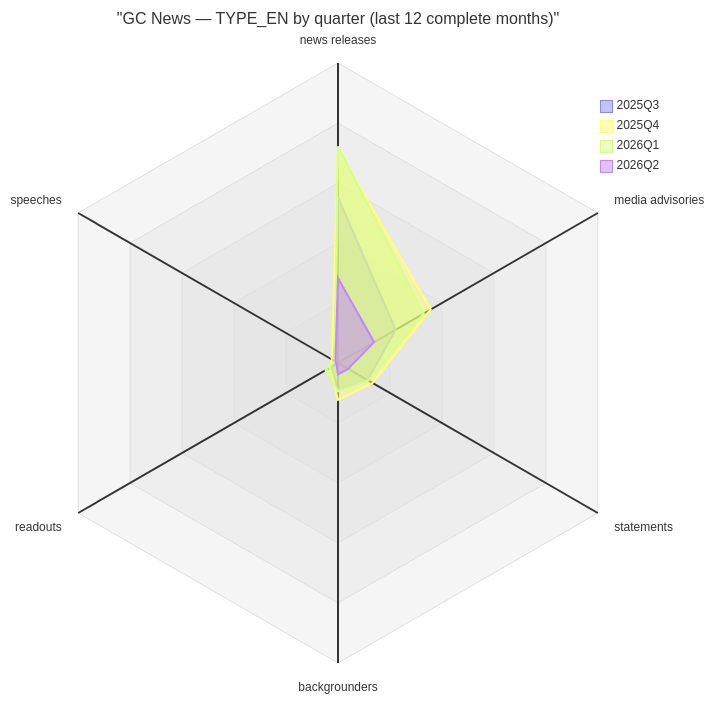
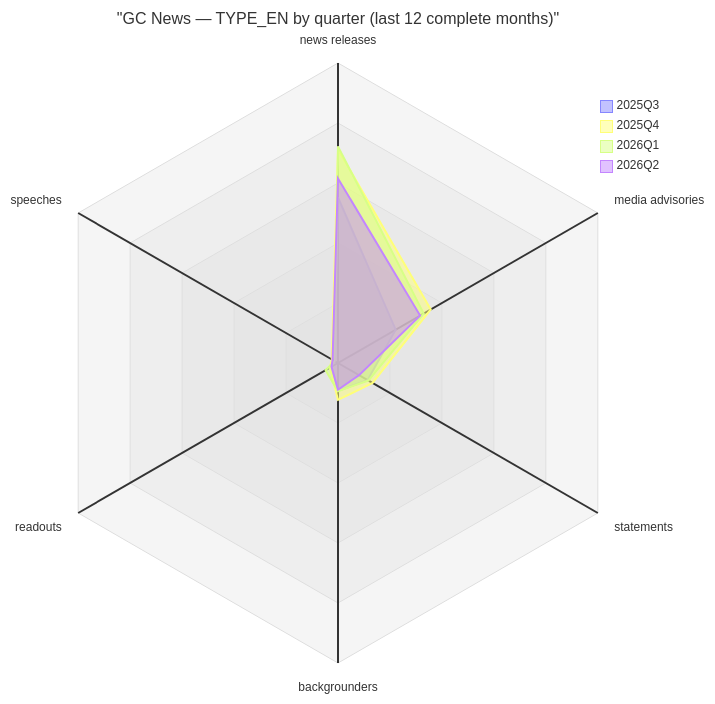
Before and after one commit to PatLittle/GC-News-Nouvelles-GC: the diagram in docs/type_axes_quarter_curves.md, drawn with Mermaid. The commit also changed 1 other file, not shown here.

Commit message:
Update quarterly TYPE_EN radar (last 12 complete months)

````diff
--- a/docs/type_axes_quarter_curves.md
+++ b/docs/type_axes_quarter_curves.md
@@ -3,13 +3,13 @@
 ```mermaid
 radar-beta
   title "GC News — TYPE_EN by quarter (last 12 complete months)"
   axis t1["news releases"], t2["media advisories"], t3["statements"], t4["backgrounders"], t5["readouts"], t6["speeches"]
 
   curve q1["2025Q3"]{552, 222, 114, 93, 26, 14}
   curve q2["2025Q4"]{712, 357, 133, 123, 31, 24}
   curve q3["2026Q1"]{722, 330, 117, 94, 48, 13}
-  curve q4["2026Q2"]{283, 139, 39, 38, 6, 10}
+  curve q4["2026Q2"]{615, 316, 81, 89, 25, 21}
 
   graticule polygon
   max 1000
 ```
````
